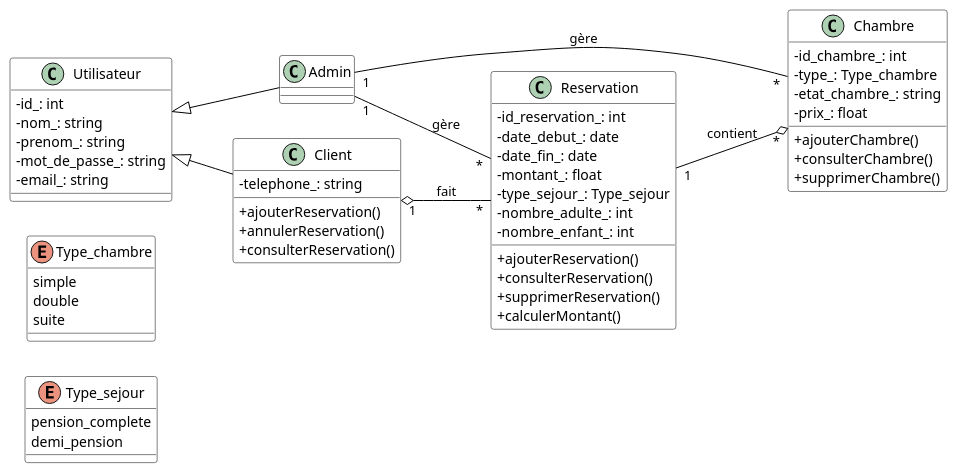
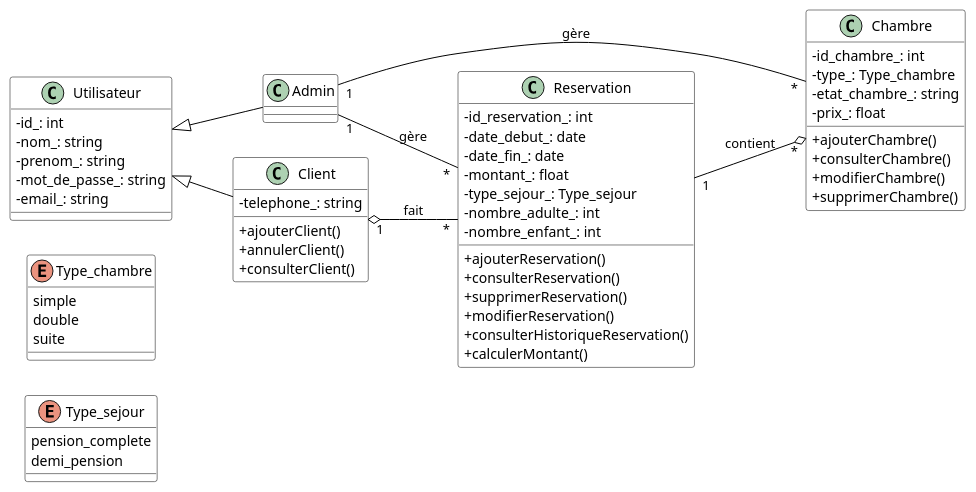
One commit to ilefmarouani/GithubAGL changed the diagram in Diagrammes/raf2_diag_classe.pu. Above: the diagram before and after it, drawn with PlantUML.

```diff
--- a/Diagrammes/raf2_diag_classe.pu
+++ b/Diagrammes/raf2_diag_classe.pu
@@ -1,87 +1,90 @@
 @startuml
 ' Mettre le diagramme en paysage
 left to right direction
 
 ' Personnalisation graphique
 skinparam classAttributeIconSize 0
 skinparam class {
     BackgroundColor White
     BorderColor Black
     ArrowColor Black
 }
 skinparam defaultTextAlignment center
 
 ' Énumération pour Type_sejour
 enum Type_sejour {
     pension_complete
     demi_pension
 }
 
 ' Énumération pour Type_chambre
 enum Type_chambre {
     simple
     double
     suite
 }
 
 
 
 ' Classe Utilisateur
 class Utilisateur {
     -id_: int
     -nom_: string
     -prenom_: string
     -mot_de_passe_: string
     -email_: string
 }
 
 ' Classe Admin
 class Admin {
 }
 
 ' Classe Client
 class Client {
     -telephone_: string
-+ajouterReservation()
-    +annulerReservation()
-    +consulterReservation()
++ajouterClient()
+    +annulerClient()
+    +consulterClient()
     
 }
 
 ' Classe Chambre
 class Chambre {
     -id_chambre_: int
     -type_: Type_chambre
     -etat_chambre_: string
     -prix_: float
 +ajouterChambre()
     +consulterChambre()
+ +modifierChambre()
     +supprimerChambre()
 
     
 }
 
 ' Classe Reservation
 class Reservation {
     -id_reservation_: int
     -date_debut_: date
     -date_fin_: date
     -montant_: float
     -type_sejour_: Type_sejour
     -nombre_adulte_: int
     -nombre_enfant_: int
 +ajouterReservation()
     +consulterReservation()
     +supprimerReservation()
+ +modifierReservation()
+ +consulterHistoriqueReservation()
     +calculerMontant()
 
     
 }
 
 Utilisateur <|-- Admin
 Utilisateur <|-- Client
 Client "1" o-- "*" Reservation : fait
 Reservation "1" --o "*" Chambre : contient
 Admin "1" -- "*" Chambre : gère
 Admin "1" -- "*" Reservation : gère
 @enduml
```
